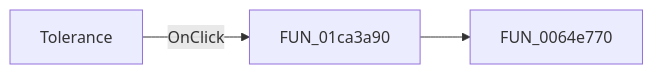
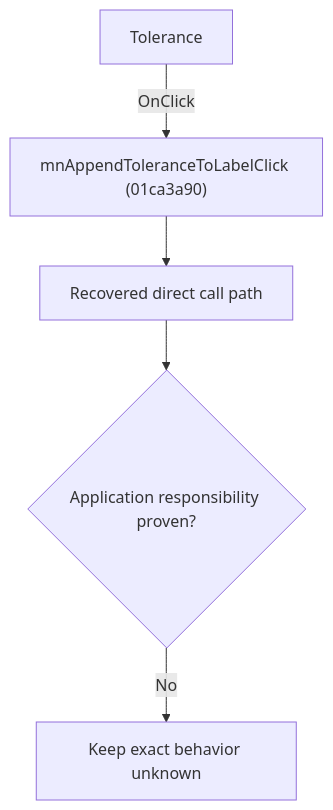
The diagram in docs/ui-controls/schematiceditor/mnappendtolerancetolabel-f1ef4b890e.md (MovGP0/TIARA), drawn with Mermaid before and after one commit. The commit also changed other lines of this file and 1062 other files, not shown here.

````diff
--- a/docs/ui-controls/schematiceditor/mnappendtolerancetolabel-f1ef4b890e.md
+++ b/docs/ui-controls/schematiceditor/mnappendtolerancetolabel-f1ef4b890e.md
@@ -27,5 +27,7 @@
 ```mermaid
-flowchart LR
-    control["Tolerance"] -->|OnClick| handler["FUN_01ca3a90"]
-    handler --> call1["FUN_0064e770"]
+flowchart TD
+    control["Tolerance"] -->|"OnClick"| handler["mnAppendToleranceToLabelClick (01ca3a90)"]
+    handler --> recovered["Recovered direct call path"]
+    recovered --> gap{"Application responsibility proven?"}
+    gap -->|"No"| blocked["Keep exact behavior unknown"]
 ```
````
